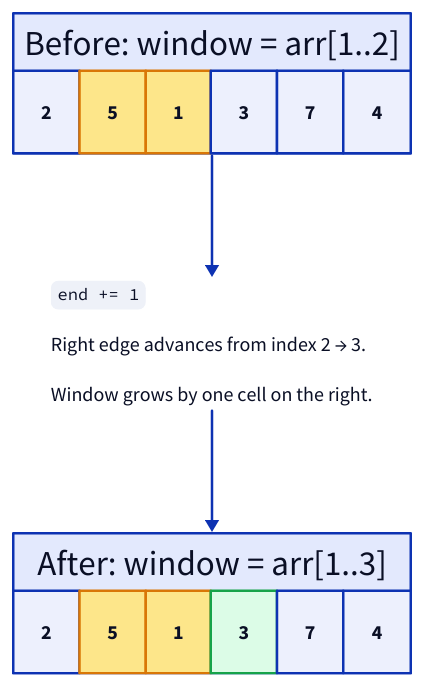
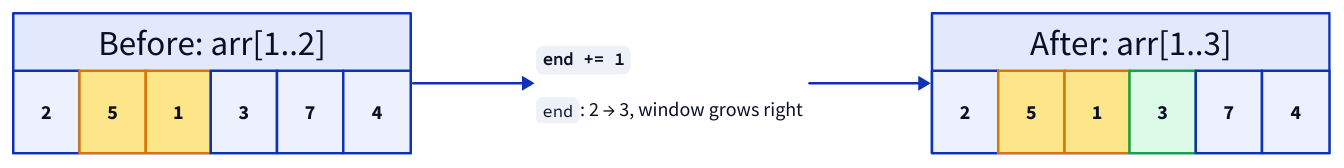
Before and after one commit to ani2fun/note-book: the first of 18 diagrams in src/computer-science/DSA/data-structures/1.arrays/08-pattern-variable-sliding-window.md, drawn with D2. The commit also changed other lines of this file, not shown here.

Commit message:
DSA variable window: lay out Rubber Band diagram horizontally
direction: right makes before → op → after flow side-by-side, dropping
the rendered height from ~770px to ~314px without losing clarity.
Slightly trimmed the container labels and op text to match.

````diff
--- a/src/computer-science/DSA/data-structures/1.arrays/08-pattern-variable-sliding-window.md
+++ b/src/computer-science/DSA/data-structures/1.arrays/08-pattern-variable-sliding-window.md
@@ -36,34 +36,34 @@
 ```d2
-stretch_before: "Before: window = arr[1..2]" {
+direction: right
+
+stretch_before: "Before: arr[1..2]" {
   grid-columns: 6
   grid-gap: 0
   a0: "2"
   a1: "5" {style.fill: "#fde68a"; style.stroke: "#d97706"}
   a2: "1" {style.fill: "#fde68a"; style.stroke: "#d97706"}
   a3: "3"
   a4: "7"
   a5: "4"
 }
 
 stretch_op: |md
-  `end += 1`
+  **`end += 1`**
 
-  Right edge advances from index 2 → 3.
-
-  Window grows by one cell on the right.
+  `end`: 2 → 3, window grows right
 |
 
-stretch_after: "After: window = arr[1..3]" {
+stretch_after: "After: arr[1..3]" {
   grid-columns: 6
   grid-gap: 0
   b0: "2"
   b1: "5" {style.fill: "#fde68a"; style.stroke: "#d97706"}
   b2: "1" {style.fill: "#fde68a"; style.stroke: "#d97706"}
   b3: "3" {style.fill: "#dcfce7"; style.stroke: "#16a34a"}
   b4: "7"
   b5: "4"
 }
 
 stretch_before -> stretch_op
 stretch_op -> stretch_after
 ```
````
